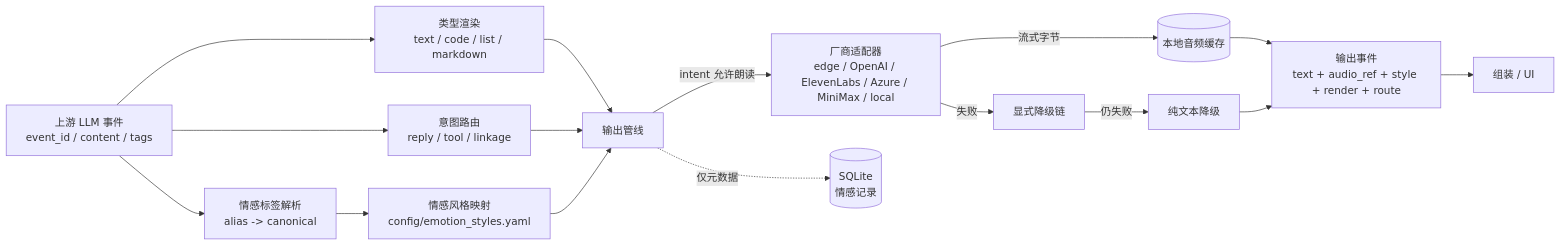
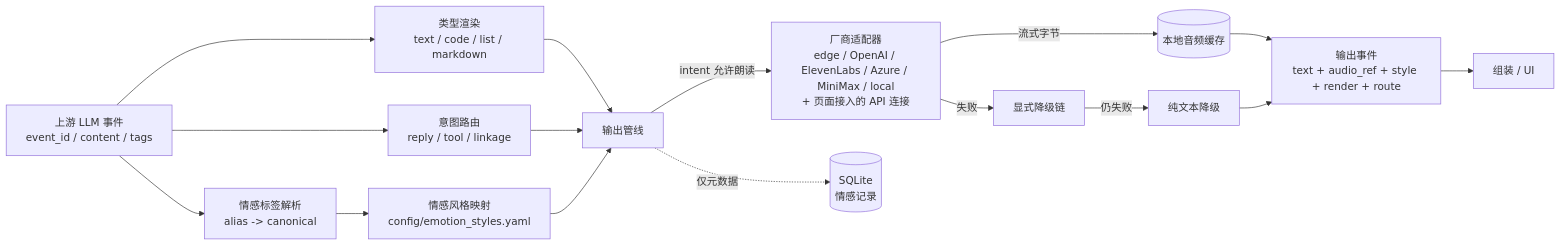
One commit to zhipianxiaokonglong/MoodVoice changed the diagram in README.md. Above: the diagram before and after it, drawn with Mermaid. The commit also changed other lines of this file and 24 other files, not shown here.

````diff
--- a/README.md
+++ b/README.md
@@ -61,18 +63,18 @@
 ```mermaid
 flowchart LR
     U[上游 LLM 事件<br/>event_id / content / tags] --> R[类型渲染<br/>text / code / list / markdown]
     U --> E[情感标签解析<br/>alias -> canonical]
     U --> I[意图路由<br/>reply / tool / linkage]
     E --> S[情感风格映射<br/>config/emotion_styles.yaml]
     R --> P[输出管线]
     I --> P
     S --> P
-    P -->|intent 允许朗读| T[厂商适配器<br/>edge / OpenAI / ElevenLabs / Azure / MiniMax / local]
+    P -->|intent 允许朗读| T[厂商适配器<br/>edge / OpenAI / ElevenLabs / Azure / MiniMax / local<br/>+ 页面接入的 API 连接]
     T -->|流式字节| C[(本地音频缓存)]
     T -->|失败| F[显式降级链]
     F -->|仍失败| X[纯文本降级]
     C --> O[输出事件<br/>text + audio_ref + style + render + route]
     X --> O
     O --> UI[组装 / UI]
     P -.仅元数据.-> D[(SQLite<br/>情感记录)]
 ```
````
